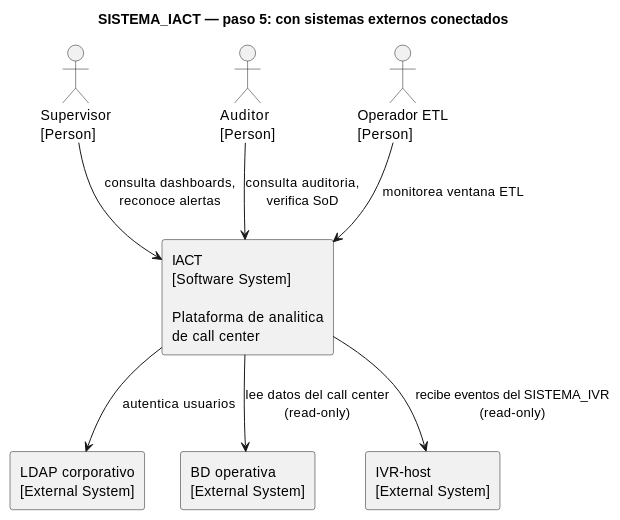
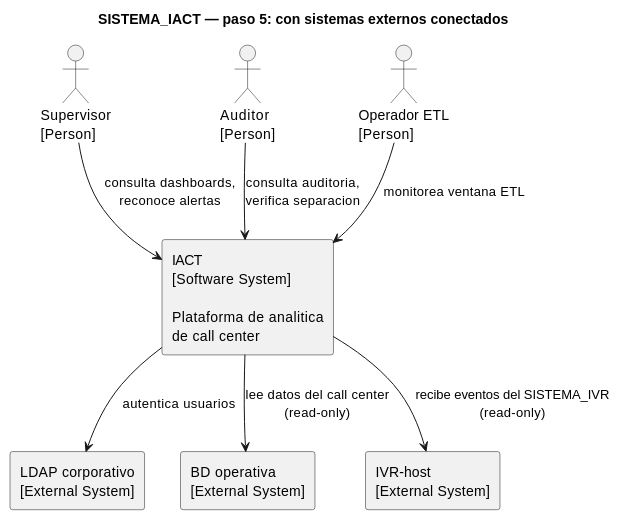
One commit to jcg-admin/IACT-docs changed the second of 2 diagrams in source/requisitos/_metodologia-aplicacion/diagramas-componentes/construccion-incremental-iact-continuacion.rst. Above: the diagram before and after it, drawn with PlantUML. The commit also changed 15 other files, not shown here.

```diff
--- a/source/requisitos/_metodologia-aplicacion/diagramas-componentes/construccion-incremental-iact-continuacion.rst
+++ b/source/requisitos/_metodologia-aplicacion/diagramas-componentes/construccion-incremental-iact-continuacion.rst
@@ -21,23 +21,23 @@
 .. uml::
 
    @startuml
    title SISTEMA_IACT — paso 5: con sistemas externos conectados
 
    actor "Supervisor\n[Person]" as Supervisor
    actor "Auditor\n[Person]" as Auditor
    actor "Operador ETL\n[Person]" as OPERADOR_ETL
 
    rectangle "IACT\n[Software System]\n\nPlataforma de analitica\nde call center" as SISTEMA_IACT
 
    rectangle "LDAP corporativo\n[External System]" as LDAP_CORPORATIVO
    rectangle "BD operativa\n[External System]" as BD_OPERATIVA
    rectangle "IVR-host\n[External System]" as SISTEMA_IVR
 
    Supervisor --> SISTEMA_IACT : consulta dashboards,\nreconoce alertas
-   Auditor --> SISTEMA_IACT : consulta auditoria,\nverifica SoD
+   Auditor --> SISTEMA_IACT : consulta auditoria,\nverifica separacion
    OPERADOR_ETL --> SISTEMA_IACT : monitorea ventana ETL
 
    SISTEMA_IACT --> LDAP_CORPORATIVO : autentica usuarios
    SISTEMA_IACT --> BD_OPERATIVA : lee datos del call center\n(read-only)
    SISTEMA_IACT --> SISTEMA_IVR : recibe eventos del SISTEMA_IVR\n(read-only)
    @enduml
```
